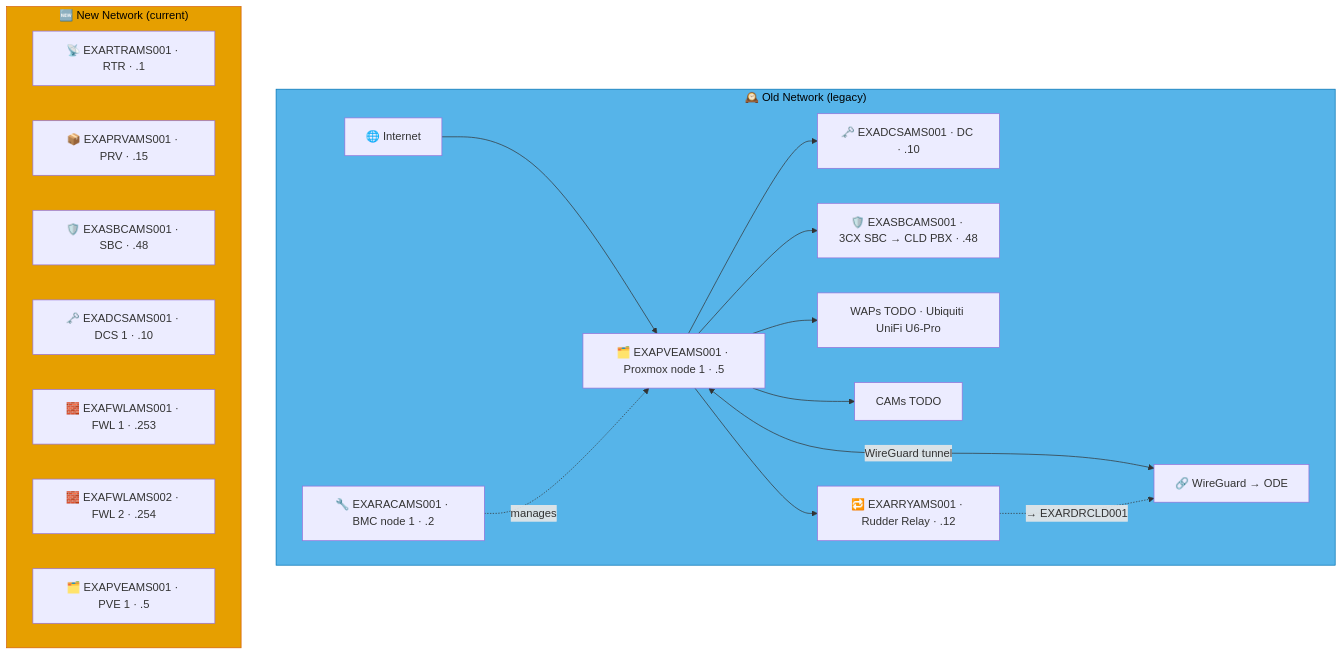
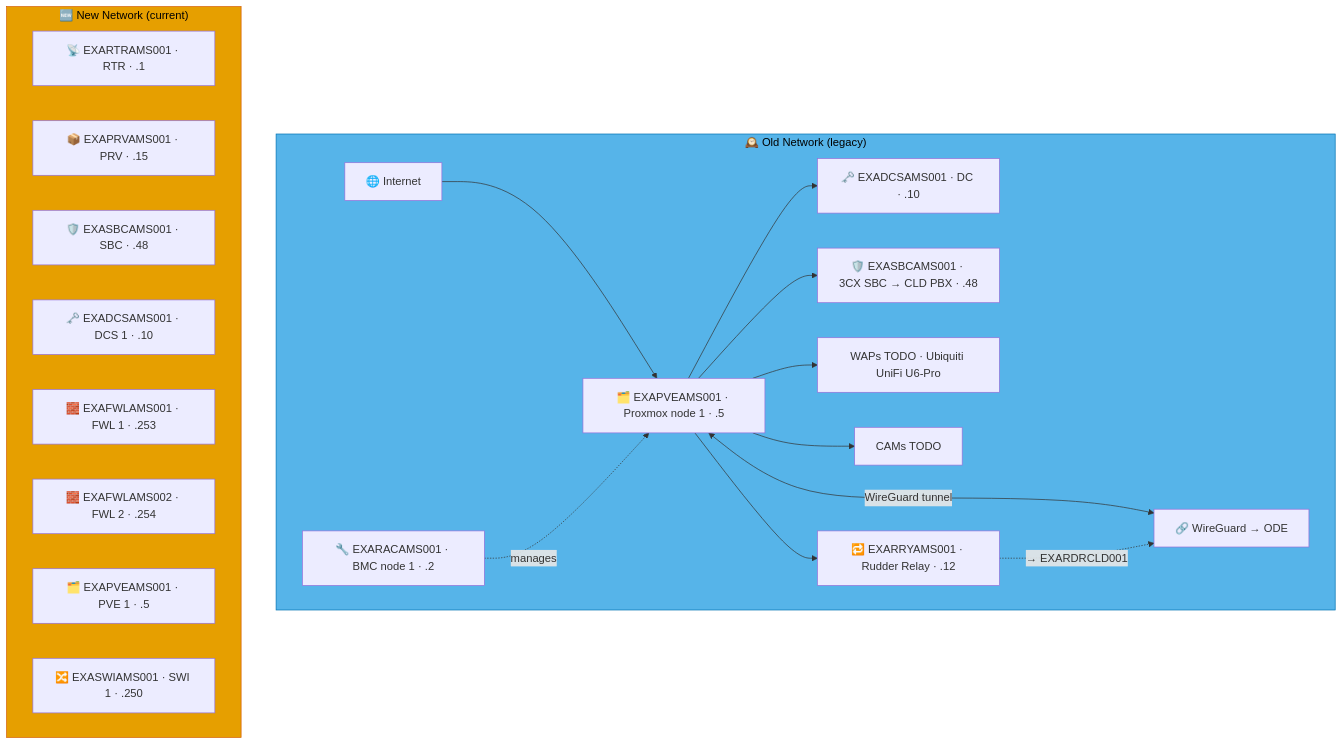
The diagram in docs/network-diagram/nederland.md (knightmare2600/example_music_infra), drawn with Mermaid before and after one commit. The commit also changed 12 other files, not shown here.

````diff
--- a/docs/network-diagram/nederland.md
+++ b/docs/network-diagram/nederland.md
@@ -16,35 +16,36 @@
 ```mermaid
 graph TD
     subgraph OLD_AMS ["🕰️ Old Network (legacy)"]
       INET["🌐 Internet"]
       RAC["🔧 EXARACAMS001 · BMC node 1 · .2"]
       PVE["🗂️ EXAPVEAMS001 · Proxmox node 1 · .5"]
       DC["🗝️ EXADCSAMS001 · DC · .10"]
       SBC["🛡️ EXASBCAMS001 · 3CX SBC → CLD PBX · .48"]
       RRY["🔁 EXARRYAMS001 · Rudder Relay · .12"]
       WAP["WAPs TODO · Ubiquiti UniFi U6-Pro"]
       CAM["CAMs TODO"]
       VPN["🔗 WireGuard → ODE"]
 
       INET --> PVE --> DC & SBC
       RAC -.->|"manages"| PVE
       PVE --> WAP & CAM
       PVE <-->|"WireGuard tunnel"| VPN
 
       PVE --> RRY
       RRY -. "→ EXARDRCLD001" .-> VPN
     end
     style OLD_AMS fill:#56B4E9,stroke:#0072B2,color:#000000
     %% GENERATED:NEW-NETWORK:AMS:START
     subgraph NEW_AMS ["🆕 New Network (current)"]
       N_RTR["📡 EXARTRAMS001 · RTR · .1"]
       N_PRV["📦 EXAPRVAMS001 · PRV · .15"]
       N_SBC["🛡️ EXASBCAMS001 · SBC · .48"]
       N_DCS["🗝️ EXADCSAMS001 · DCS 1 · .10"]
       N_FWL["🧱 EXAFWLAMS001 · FWL 1 · .253"]
       N_FWL2["🧱 EXAFWLAMS002 · FWL 2 · .254"]
       N_PVE["🗂️ EXAPVEAMS001 · PVE 1 · .5"]
+      N_SWI["🔀 EXASWIAMS001 · SWI 1 · .250"]
     end
     style NEW_AMS fill:#E69F00,stroke:#D55E00,color:#000000
     %% GENERATED:NEW-NETWORK:AMS:END
 ```
````
